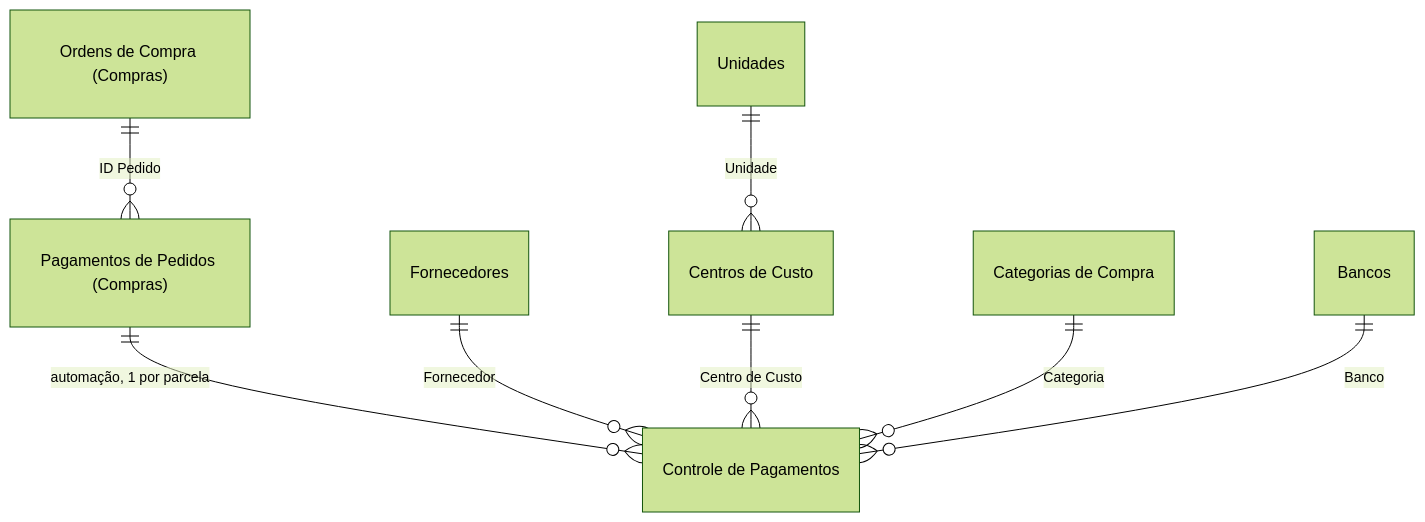
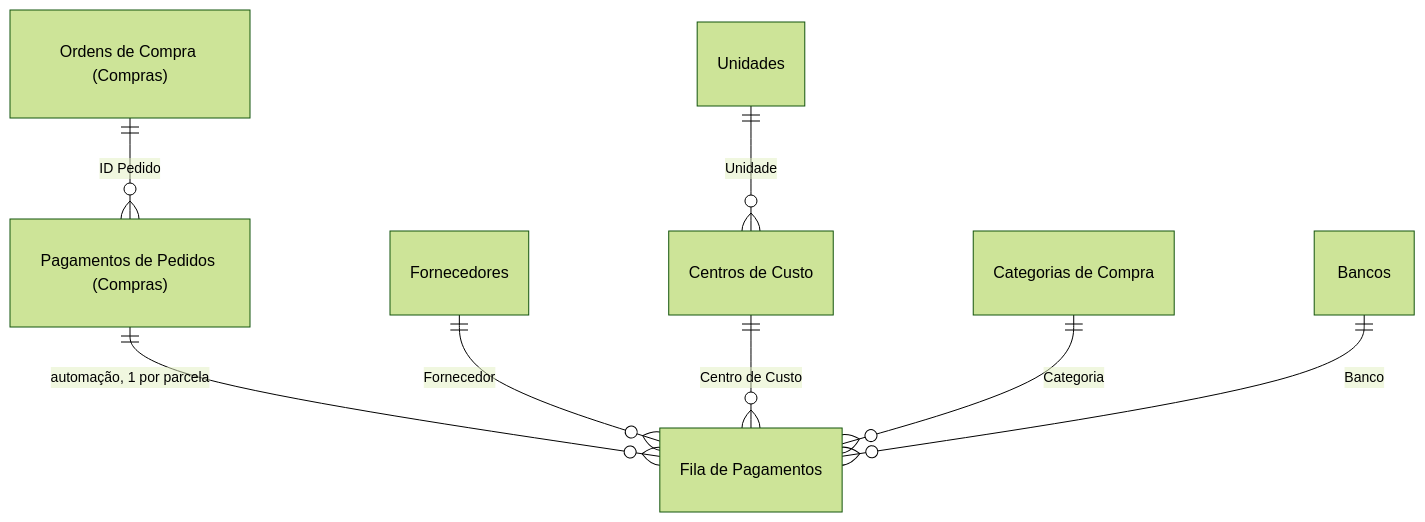
Before and after one commit to zenvv/portifolio: the third of 3 diagrams in public/projects/bello-financeiro/content/pt.md, drawn with Mermaid (forest theme). The commit also changed other lines of this file and 76 other files, not shown here.

````diff
--- a/public/projects/bello-financeiro/content/pt.md
+++ b/public/projects/bello-financeiro/content/pt.md
@@ -65,10 +67,10 @@
 ```mermaid
 erDiagram
     "Ordens de Compra (Compras)" ||--o{ "Pagamentos de Pedidos (Compras)" : "ID Pedido"
-    "Pagamentos de Pedidos (Compras)" ||--o{ "Controle de Pagamentos" : "automação, 1 por parcela"
-    "Fornecedores" ||--o{ "Controle de Pagamentos" : "Fornecedor"
-    "Centros de Custo" ||--o{ "Controle de Pagamentos" : "Centro de Custo"
-    "Categorias de Compra" ||--o{ "Controle de Pagamentos" : "Categoria"
-    "Bancos" ||--o{ "Controle de Pagamentos" : "Banco"
+    "Pagamentos de Pedidos (Compras)" ||--o{ "Fila de Pagamentos" : "automação, 1 por parcela"
+    "Fornecedores" ||--o{ "Fila de Pagamentos" : "Fornecedor"
+    "Centros de Custo" ||--o{ "Fila de Pagamentos" : "Centro de Custo"
+    "Categorias de Compra" ||--o{ "Fila de Pagamentos" : "Categoria"
+    "Bancos" ||--o{ "Fila de Pagamentos" : "Banco"
     "Unidades" ||--o{ "Centros de Custo" : "Unidade"
 ```
````
